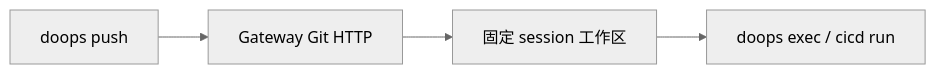
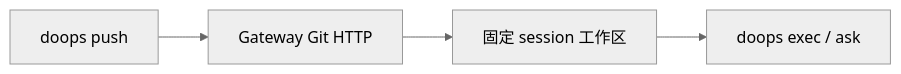
One commit to symansun/doops changed the second of 2 diagrams in backend/docs/code_sync_rsync_analysis.md. Above: the diagram before and after it, drawn with Mermaid (neutral theme). The commit also changed other lines of this file and 65 other files, not shown here.

````diff
--- a/backend/docs/code_sync_rsync_analysis.md
+++ b/backend/docs/code_sync_rsync_analysis.md
@@ -110,6 +102,6 @@
 ```mermaid
 graph LR
     A["doops push"] --> B["Gateway Git HTTP"]
     B --> C["固定 session 工作区"]
-    C --> D["doops exec / cicd run"]
+    C --> D["doops exec / ask"]
 ```
````
